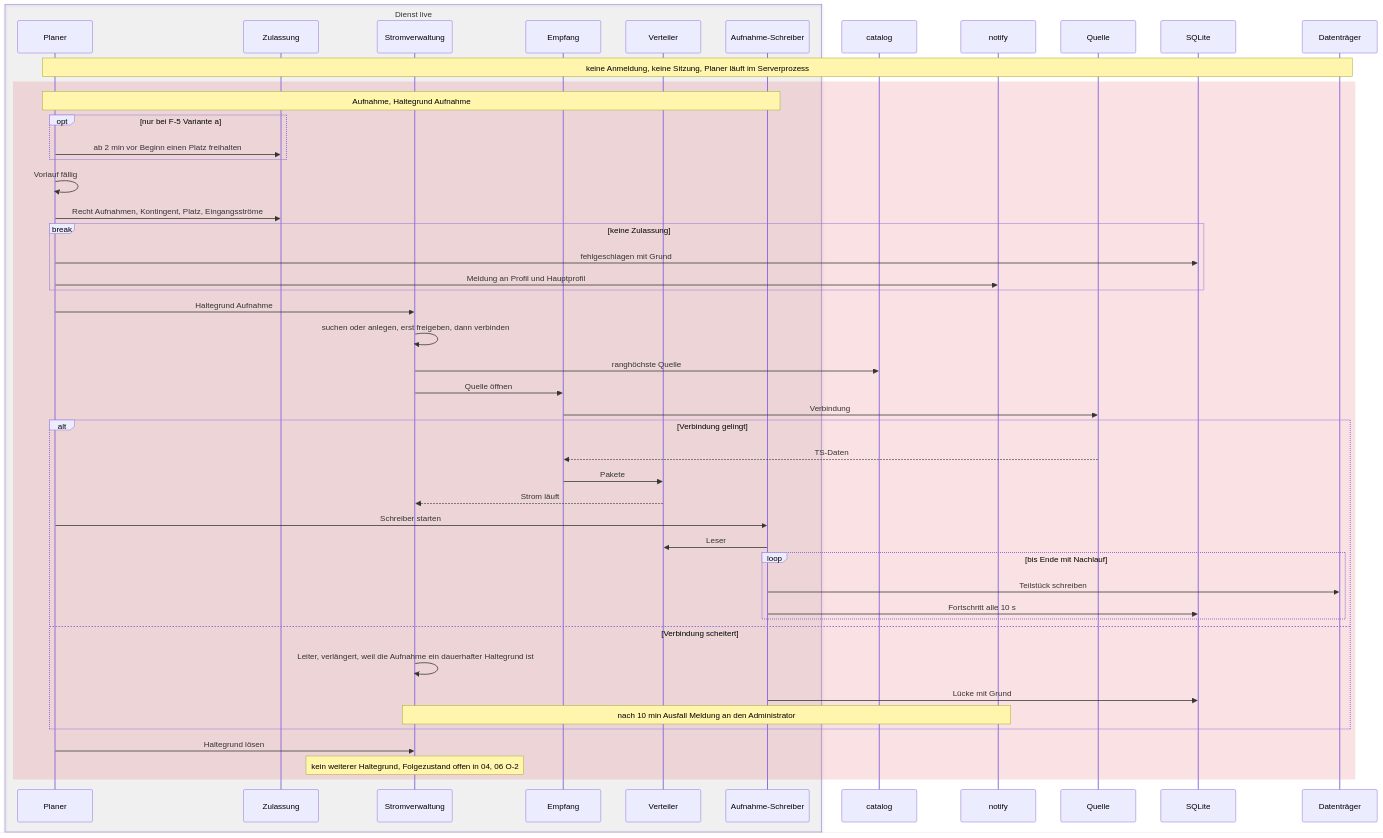
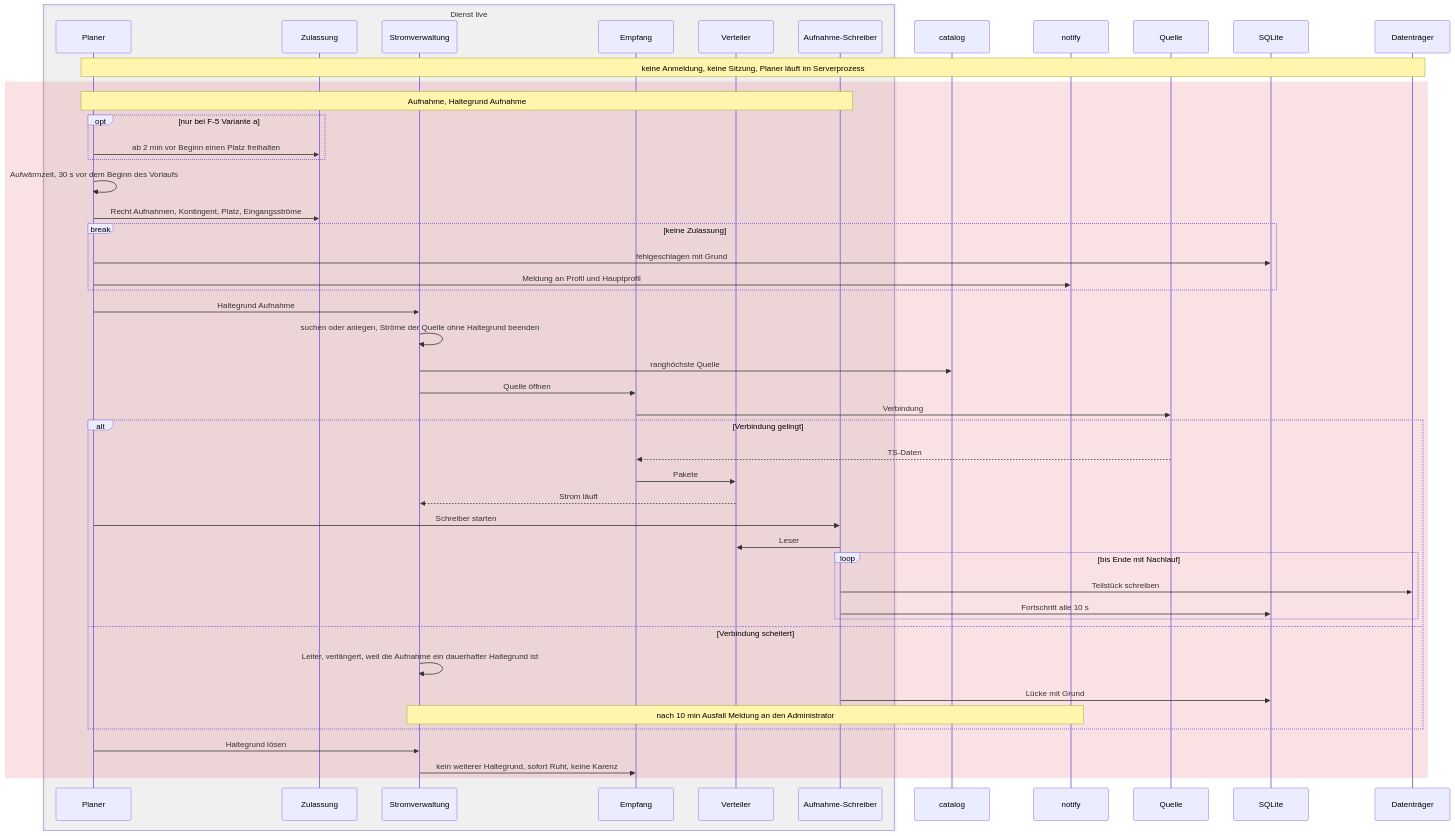
One commit to SlouchCat/slouchcat changed the ninth of 22 diagrams in docs/planning/28-live-tv/06-ablaeufe.md. Above: the diagram before and after it, drawn with Mermaid. The commit also changed other lines of this file, not shown here.

Commit message:
docs(planning): concept 28 live TV, flows after consolidation 1

````diff
--- a/docs/planning/28-live-tv/06-ablaeufe.md
+++ b/docs/planning/28-live-tv/06-ablaeufe.md
@@ -682,52 +716,52 @@
 ```mermaid
 sequenceDiagram
   box rgba(128,128,128,0.08) Dienst live
     participant PL as Planer
     participant ZUL as Zulassung
     participant STR as Stromverwaltung
     participant EMP as Empfang
     participant VT as Verteiler
     participant AUF as Aufnahme-Schreiber
   end
   participant CAT as catalog
   participant NTF as notify
   participant Q as Quelle
   participant DB as SQLite
   participant DSK as Datenträger
 
   Note over PL,DSK: keine Anmeldung, keine Sitzung, Planer läuft im Serverprozess
   rect rgba(220,53,69,0.14)
     Note over PL,AUF: Aufnahme, Haltegrund Aufnahme
     opt nur bei F-5 Variante a
       PL->>ZUL: ab 2 min vor Beginn einen Platz freihalten
     end
-    PL->>PL: Vorlauf fällig
+    PL->>PL: Aufwärmzeit, 30 s vor dem Beginn des Vorlaufs
     PL->>ZUL: Recht Aufnahmen, Kontingent, Platz, Eingangsströme
     break keine Zulassung
       PL->>DB: fehlgeschlagen mit Grund
       PL->>NTF: Meldung an Profil und Hauptprofil
     end
     PL->>STR: Haltegrund Aufnahme
-    STR->>STR: suchen oder anlegen, erst freigeben, dann verbinden
+    STR->>STR: suchen oder anlegen, Ströme der Quelle ohne Haltegrund beenden
     STR->>CAT: ranghöchste Quelle
     STR->>EMP: Quelle öffnen
     EMP->>Q: Verbindung
     alt Verbindung gelingt
       Q-->>EMP: TS-Daten
       EMP->>VT: Pakete
       VT-->>STR: Strom läuft
       PL->>AUF: Schreiber starten
       AUF->>VT: Leser
       loop bis Ende mit Nachlauf
         AUF->>DSK: Teilstück schreiben
         AUF->>DB: Fortschritt alle 10 s
       end
     else Verbindung scheitert
       STR->>STR: Leiter, verlängert, weil die Aufnahme ein dauerhafter Haltegrund ist
       AUF->>DB: Lücke mit Grund
       Note over STR,NTF: nach 10 min Ausfall Meldung an den Administrator
     end
     PL->>STR: Haltegrund lösen
-    Note over STR: kein weiterer Haltegrund, Folgezustand offen in 04, 06 O-2
+    STR->>EMP: kein weiterer Haltegrund, sofort Ruht, keine Karenz
   end
 ```
````
